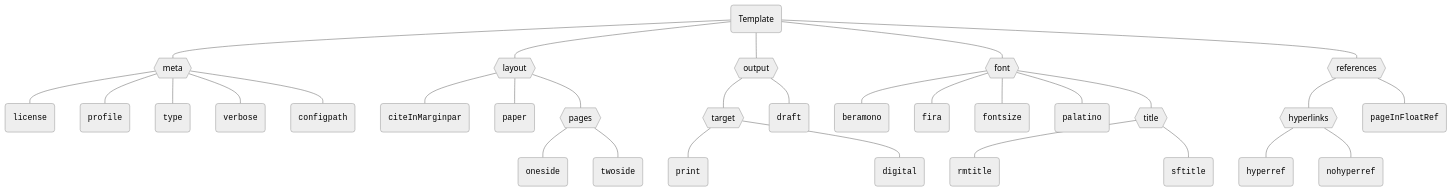
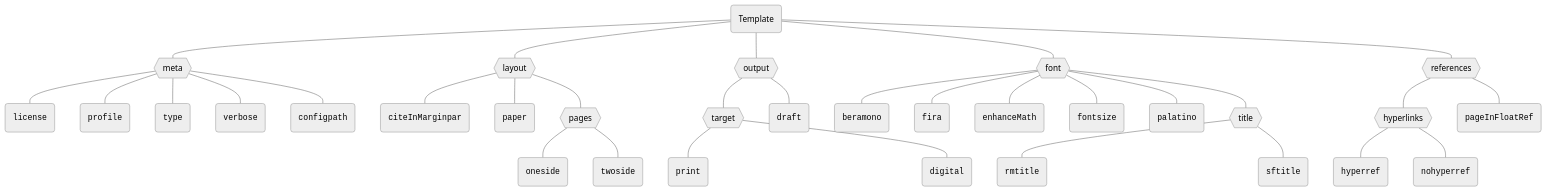
One commit to Fancy-Templates/latex-thesis changed the diagram in README.md. Above: the diagram before and after it, drawn with Mermaid (neutral theme). The commit also changed other lines of this file and 2 other files, not shown here.

Commit message:
feat: enhanceMath option

````diff
--- a/README.md
+++ b/README.md
@@ -220,41 +221,42 @@
 ```mermaid
 flowchart TD
     template(Template)
     
     template --- meta{{meta}}
     template --- layout{{layout}}
     template --- output{{output}}
     template --- font{{font}}
     template --- references{{references}}
 
     output --- target{{target}}
     output --- draft("`<code>draft</code>`")
     target --- print("`<code>print</code>`") 
     target --- digital("`<code>digital</code>`")
 
     meta --- license("`<code>license</code>`")
     meta --- profile("`<code>profile</code>`")
     meta --- type("`<code>type</code>`")
     meta --- verbose("`<code>verbose</code>`")
     meta --- configpath("`<code>configpath</code>`")
 
     layout --- citeInMarginpar("`<code>citeInMarginpar</code>`")
     layout --- paper("`<code>paper</code>`")
     layout --- pages{{pages}}
     pages --- oneside("`<code>oneside</code>`")
     pages --- twoside("`<code>twoside</code>`")
 
     font --- beramono("`<code>beramono</code>`")
     font --- fira("`<code>fira</code>`")
+    font --- enhanceMath("`<code>enhanceMath</code>`")
     font --- fontsize("`<code>fontsize</code>`")
     font --- palatino("`<code>palatino</code>`")
 
     font --- title{{title}}
     title --- rmtitle("`<code>rmtitle</code>`")
     title --- sftitle("`<code>sftitle</code>`")
     
     references --- hyperlinks{{hyperlinks}} 
     hyperlinks --- hyperref("`<code>hyperref</code>`")
     hyperlinks --- nohyperref("`<code>nohyperref</code>`")
     references --- pageInFloatRef("`<code>pageInFloatRef</code>`")
 ```
````
